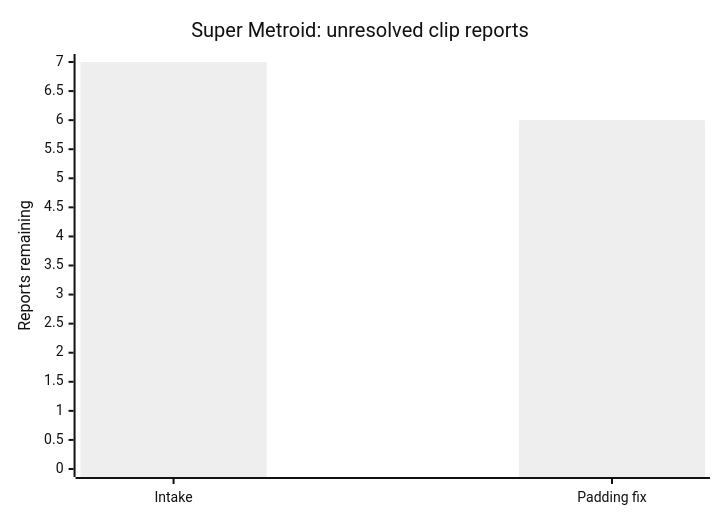
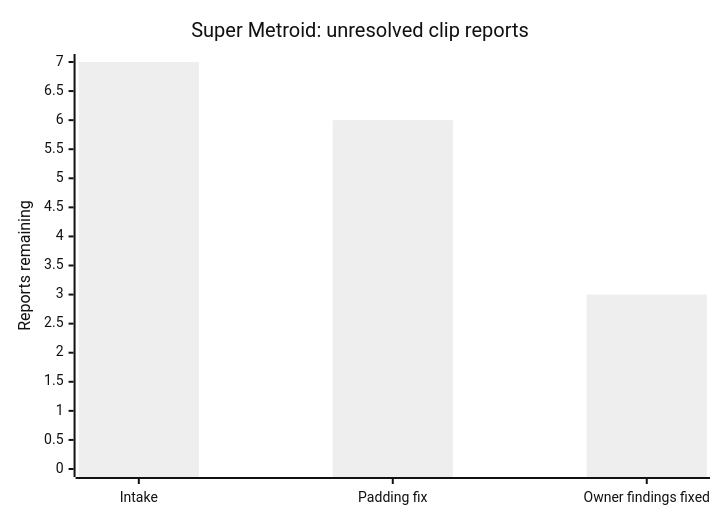
Before and after one commit to mstan/SuperMetroidRecomp: the diagram in docs/validation/super-metroid-replay-burndown-2026-10-27.md, drawn with Mermaid (neutral theme). The commit also changed other lines of this file and 4 other files, not shown here.

````diff
--- a/docs/validation/super-metroid-replay-burndown-2026-10-27.md
+++ b/docs/validation/super-metroid-replay-burndown-2026-10-27.md
@@ -13,7 +13,7 @@
 ```mermaid
 xychart-beta
     title "Super Metroid: unresolved clip reports"
-    x-axis ["Intake", "Padding fix"]
+    x-axis ["Intake", "Padding fix", "Owner findings fixed"]
     y-axis "Reports remaining" 0 --> 7
-    bar [7, 6]
+    bar [7, 6, 3]
 ```
````
